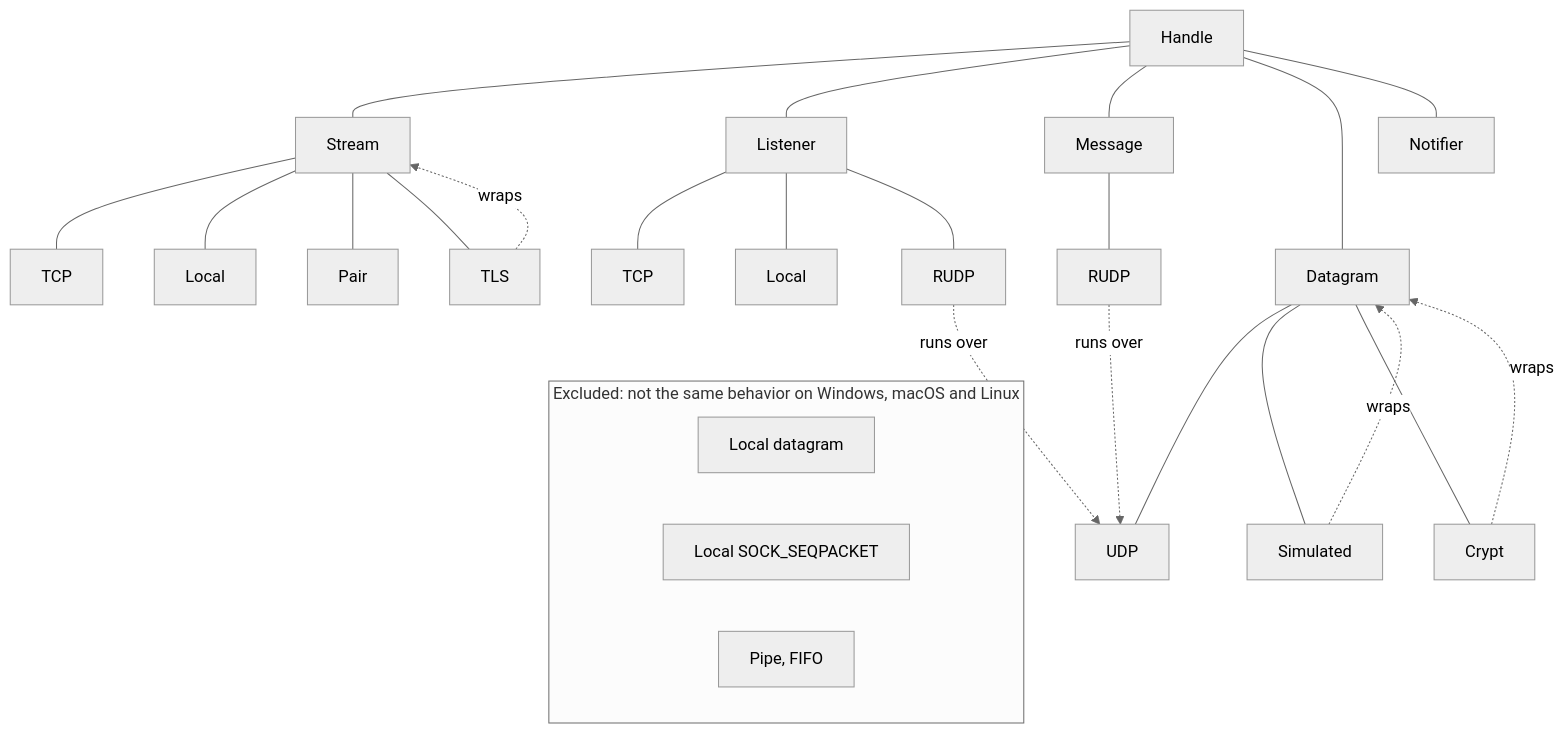
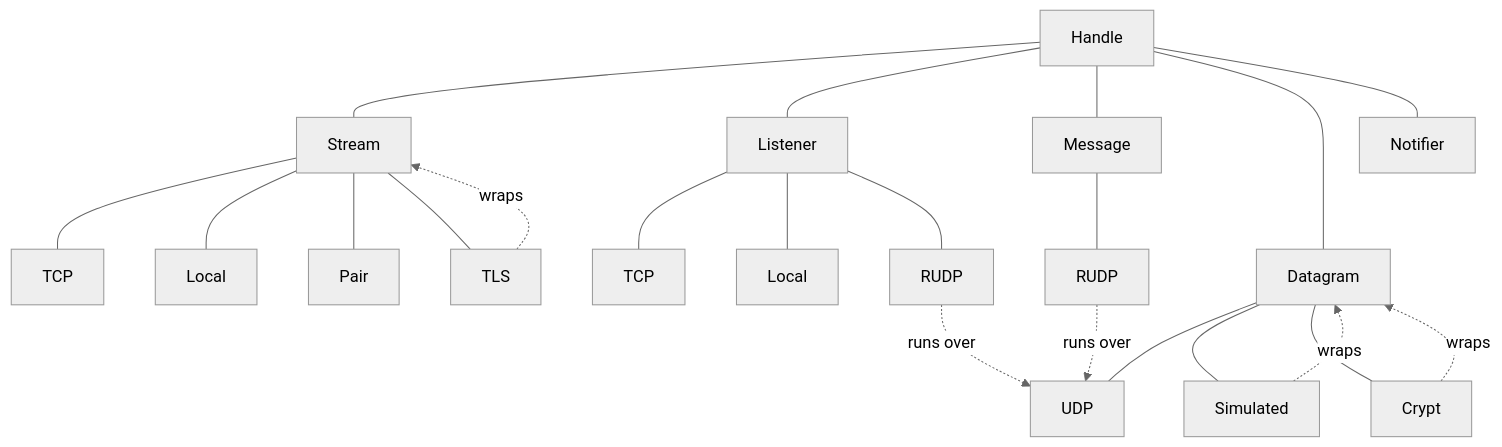
Before and after one commit to VMNL/vmnl-net: the diagram in docs/decisions/0001-socket-model.md, drawn with Mermaid (neutral theme).

Commit message:
docs: keep the excluded sockets out of the socket model diagram
Mermaid placed the block of the excluded sockets in the middle of the
diagram, and the consequences of the record already list them with
their reasons, so the diagram only draws what is planned.

````diff
--- a/docs/decisions/0001-socket-model.md
+++ b/docs/decisions/0001-socket-model.md
@@ -27,50 +27,42 @@
 ```mermaid
 flowchart TB
     Handle["Handle"]
     Stream["Stream"]
     Listener["Listener"]
     Message["Message"]
     Datagram["Datagram"]
     Notifier["Notifier"]
     TCP["TCP"]
     LocalStream["Local"]
     Pair["Pair"]
     TLS["TLS"]
     TCPListener["TCP"]
     LocalListener["Local"]
     RUDPListener["RUDP"]
     RUDP["RUDP"]
     UDP["UDP"]
     Simulated["Simulated"]
     Crypt["Crypt"]
 
     Handle --- Stream
     Handle --- Listener
     Handle --- Message
     Handle --- Datagram
     Handle --- Notifier
     Stream --- TCP
     Stream --- LocalStream
     Stream --- Pair
     Stream --- TLS
     Listener --- TCPListener
     Listener --- LocalListener
     Listener --- RUDPListener
     Message --- RUDP
     Datagram --- UDP
     Datagram --- Simulated
     Datagram --- Crypt
     RUDP -. "runs over" .-> UDP
     RUDPListener -. "runs over" .-> UDP
     TLS -. "wraps" .-> Stream
     Simulated -. "wraps" .-> Datagram
     Crypt -. "wraps" .-> Datagram
-
-    subgraph Excluded["Excluded: not the same behavior on Windows, macOS and Linux"]
-        direction LR
-        LocalDatagram["Local datagram"]
-        LocalSeqpacket["Local SOCK_SEQPACKET"]
-        Pipe["Pipe, FIFO"]
-    end
-    LocalListener ~~~ Excluded
 ```
````
